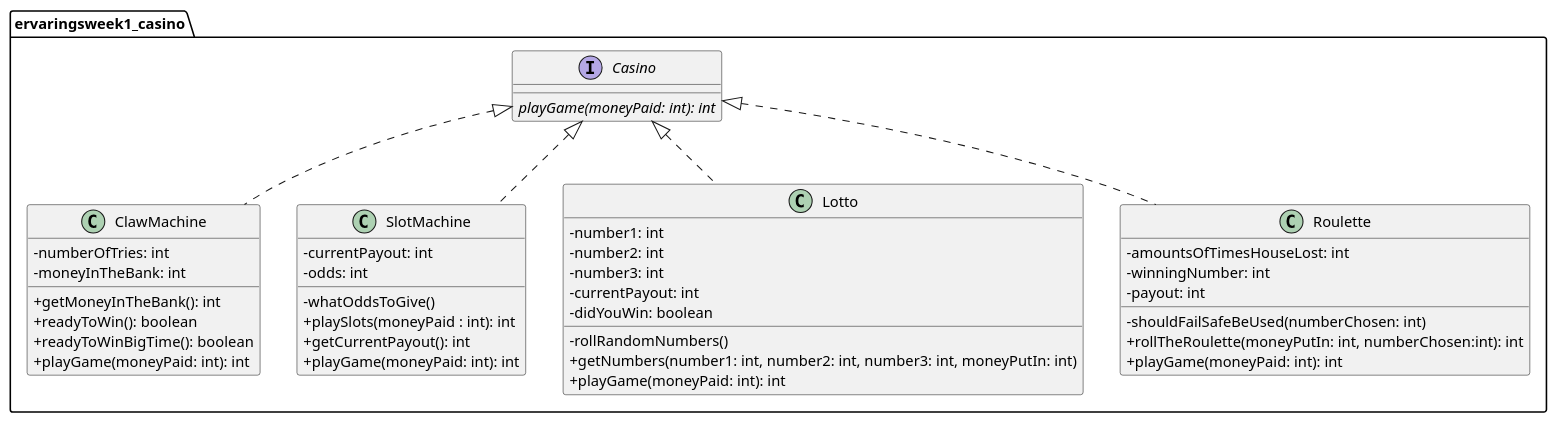
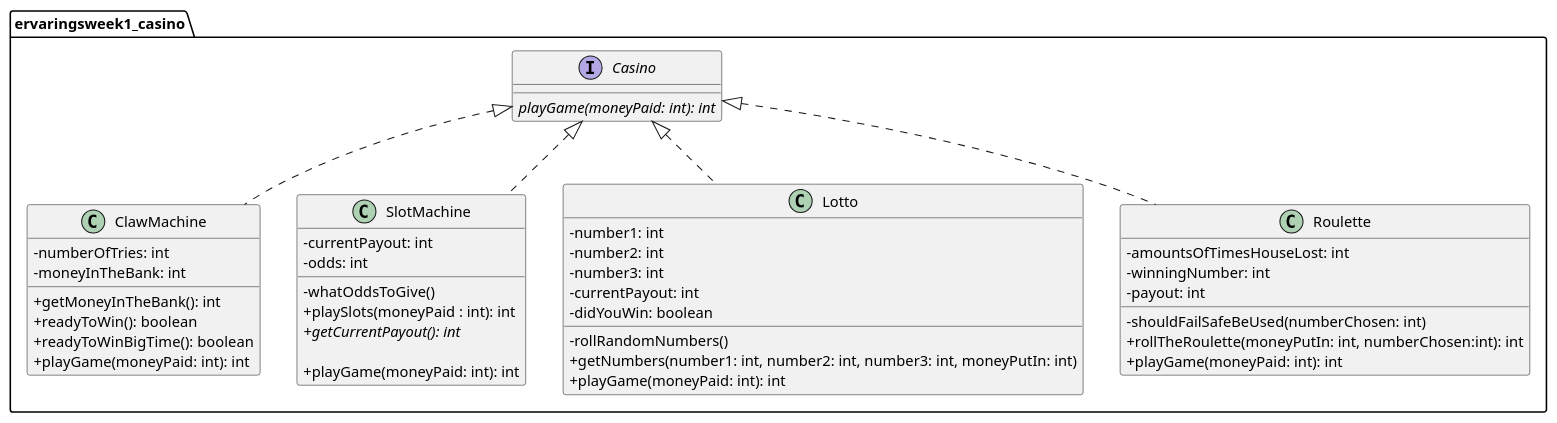
One commit to BramLab/Ervaringsweek1_Casino changed the diagram in Casino/src/be/intecbrussel/ervaringsweek1_casino/casiUML.puml. Above: the diagram before and after it, drawn with PlantUML. The commit also changed 1 other file, not shown here.

```diff
--- a/Casino/src/be/intecbrussel/ervaringsweek1_casino/casiUML.puml
+++ b/Casino/src/be/intecbrussel/ervaringsweek1_casino/casiUML.puml
@@ -1,55 +1,56 @@
 @startuml
 package "ervaringsweek1_casino" {
 
 skinparam classAttributeIconSize 0
 
 
     interface Casino{
         {abstract} playGame(moneyPaid: int): int
 
     }
 
     class ClawMachine implements Casino{
 
         - numberOfTries: int
         - moneyInTheBank: int
         + getMoneyInTheBank(): int
         + readyToWin(): boolean
         + readyToWinBigTime(): boolean
         + playGame(moneyPaid: int): int
 
     }
 
     class SlotMachine implements Casino{
         - currentPayout: int
         - odds: int
         - whatOddsToGive()
-        + playSlots(moneyPaid : int): int
-        + getCurrentPayout(): int
+        +playSlots(moneyPaid : int): int
+        {abstract}+ getCurrentPayout(): int
+
         + playGame(moneyPaid: int): int
     }
 
     class Lotto implements Casino{
         - number1: int
         - number2: int
         - number3: int
         - currentPayout: int
         - didYouWin: boolean
         - rollRandomNumbers()
         + getNumbers(number1: int, number2: int, number3: int, moneyPutIn: int)
         + playGame(moneyPaid: int): int
     }
 
 
     class Roulette implements Casino{
         - amountsOfTimesHouseLost: int
         - winningNumber: int
         - payout: int
         - shouldFailSafeBeUsed(numberChosen: int)
         + rollTheRoulette(moneyPutIn: int, numberChosen:int): int
         + playGame(moneyPaid: int): int
     }
 
 
 }
 @endumlml
```
